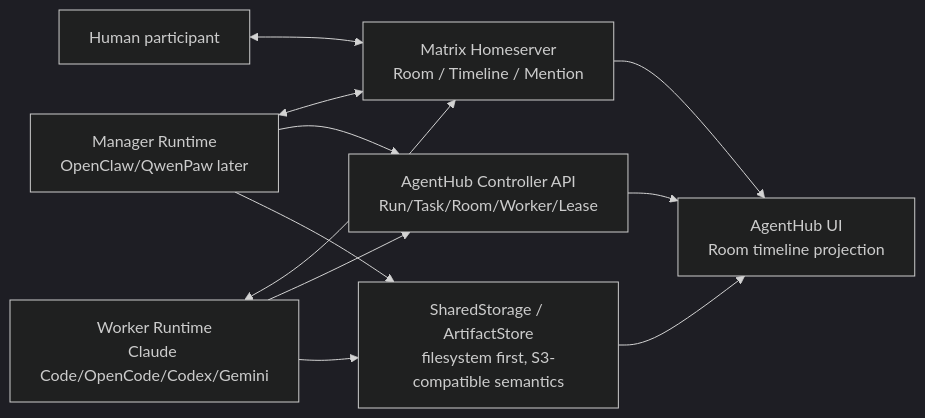
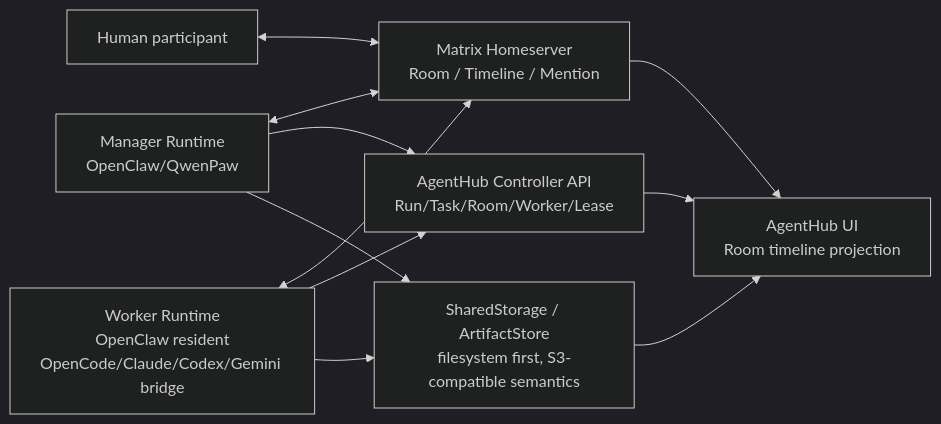
One commit to metrogg/AgentHub changed the diagram in docs/Matrix通信层与Manager-Worker运行时分工实施方案.md. Above: the diagram before and after it, drawn with Mermaid (dark theme). The commit also changed other lines of this file and 43 other files, not shown here.

Commit message:
chore: normalize manager and worker runtime contracts

````diff
--- a/docs/Matrix通信层与Manager-Worker运行时分工实施方案.md
+++ b/docs/Matrix通信层与Manager-Worker运行时分工实施方案.md
@@ -105,21 +105,21 @@
 ```mermaid
 flowchart LR
   Human["Human participant"]
-  Manager["Manager Runtime<br/>OpenClaw/QwenPaw later"]
-  Worker["Worker Runtime<br/>Claude Code/OpenCode/Codex/Gemini"]
+  Manager["Manager Runtime<br/>OpenClaw/QwenPaw"]
+  Worker["Worker Runtime<br/>OpenClaw resident<br/>OpenCode/Claude/Codex/Gemini bridge"]
   Matrix["Matrix Homeserver<br/>Room / Timeline / Mention"]
   Controller["AgentHub Controller API<br/>Run/Task/Room/Worker/Lease"]
   Store["SharedStorage / ArtifactStore<br/>filesystem first, S3-compatible semantics"]
   UI["AgentHub UI<br/>Room timeline projection"]
 
   Human <--> Matrix
   Manager <--> Matrix
   Worker <--> Matrix
   Manager --> Controller
   Worker --> Controller
   Worker --> Store
   Manager --> Store
   Matrix --> UI
   Controller --> UI
   Store --> UI
 ```
````
